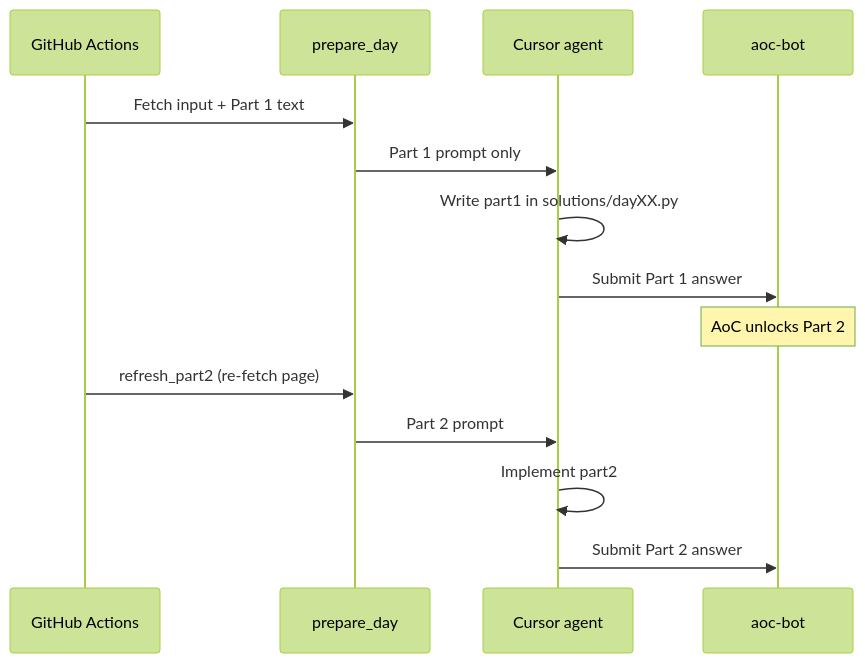
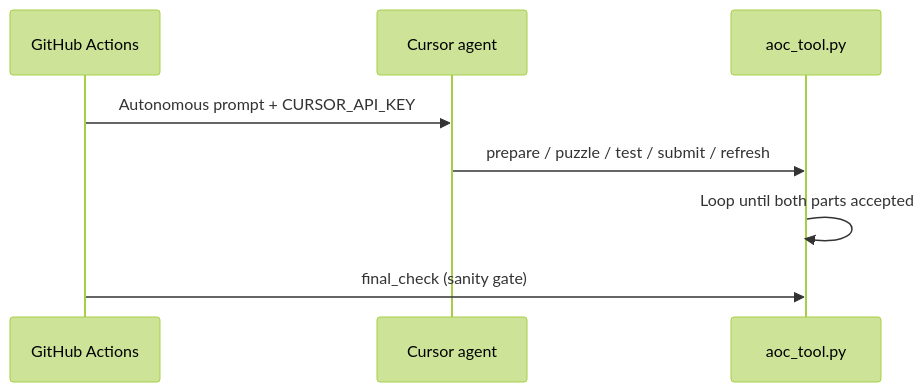
One commit to levyvix/aoc-bot changed the diagram in README.md. Above: the diagram before and after it, drawn with Mermaid (forest theme). The commit also changed other lines of this file and 10 other files, not shown here.

First line of the commit message:
Give agent full autonomy via aoc_tool CLI

````diff
--- a/README.md
+++ b/README.md
@@ -7,17 +7,11 @@
 ```mermaid
 sequenceDiagram
-    participant Cron as GitHub Actions
-    participant Prep as prepare_day
+    participant CI as GitHub Actions
     participant Agent as Cursor agent
-    participant Submit as aoc-bot
+    participant Tool as aoc_tool.py
 
-    Cron->>Prep: Fetch input + Part 1 text
-    Prep->>Agent: Part 1 prompt only
-    Agent->>Agent: Write part1 in solutions/dayXX.py
-    Agent->>Submit: Submit Part 1 answer
-    Note over Submit: AoC unlocks Part 2
-    Cron->>Prep: refresh_part2 (re-fetch page)
-    Prep->>Agent: Part 2 prompt
-    Agent->>Agent: Implement part2
-    Agent->>Submit: Submit Part 2 answer
+    CI->>Agent: Autonomous prompt + CURSOR_API_KEY
+    Agent->>Tool: prepare / puzzle / test / submit / refresh
+    Tool->>Tool: Loop until both parts accepted
+    CI->>Tool: final_check (sanity gate)
 ```
````
